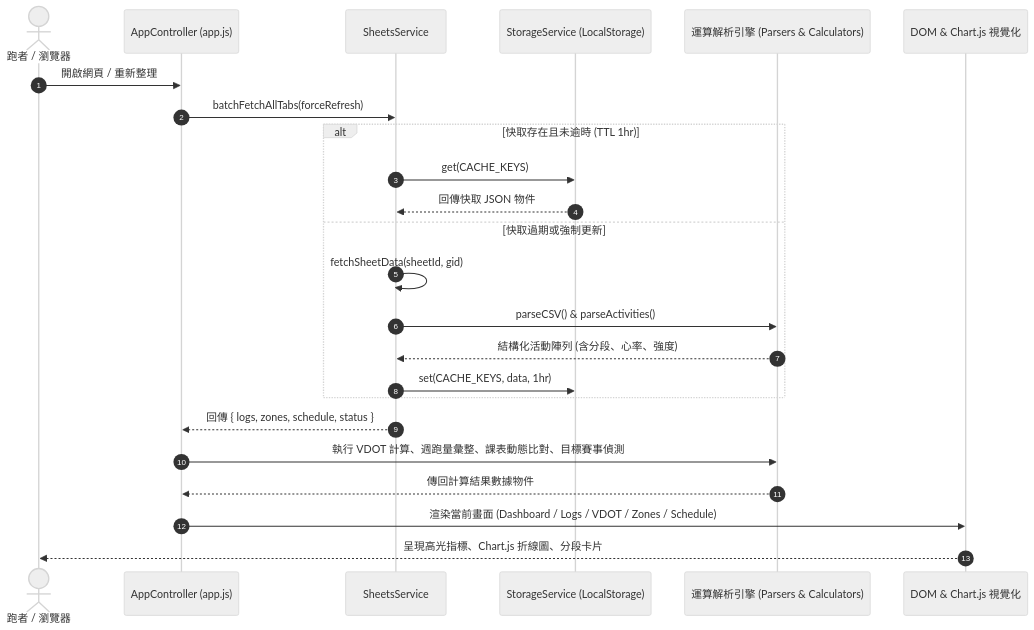
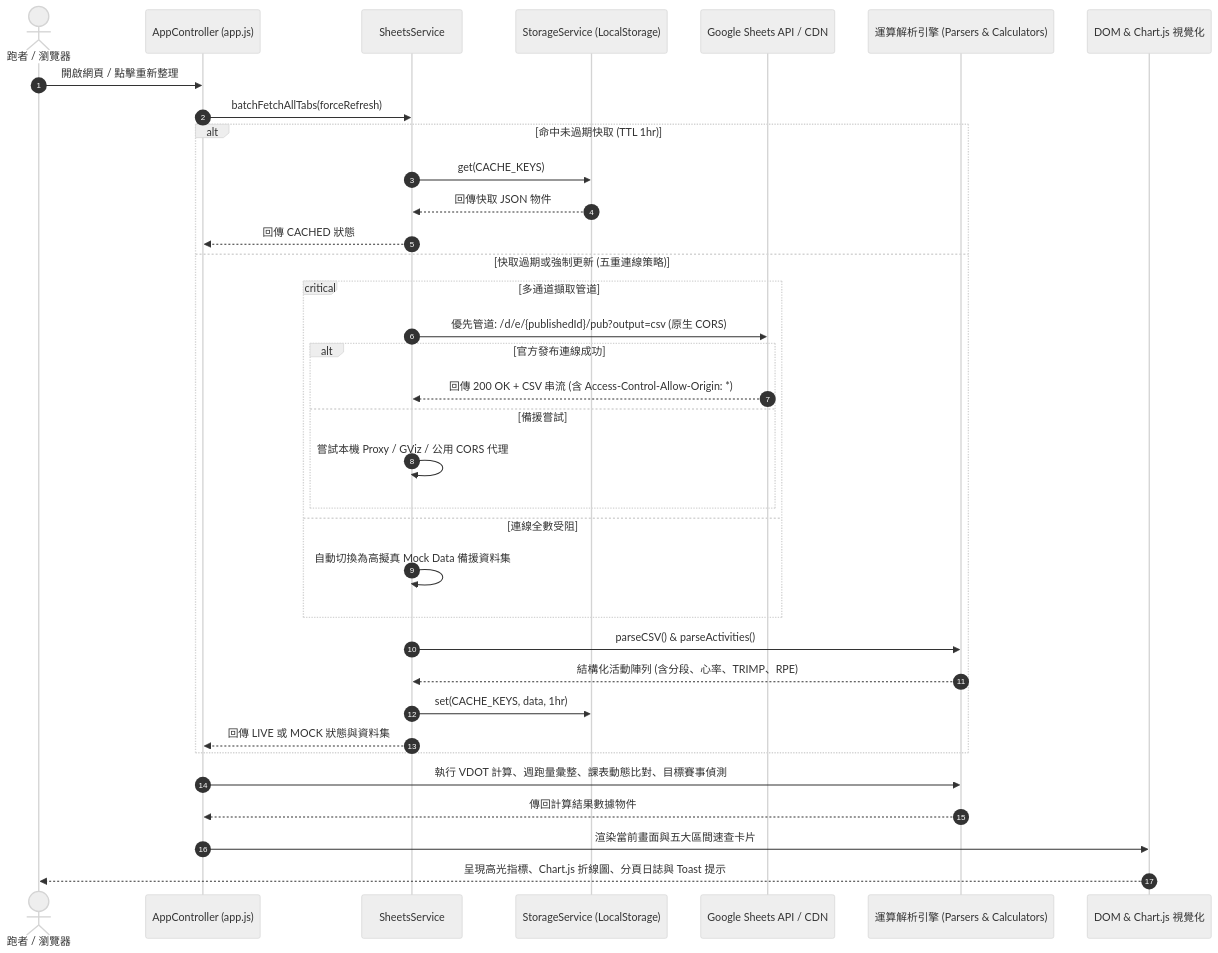
One commit to tobby0306/Runner_Web changed the third of 3 diagrams in RUNNER_PULSE_SYSTEM_SPEC_AND_MANUAL.md. Above: the diagram before and after it, drawn with Mermaid (neutral theme). The commit also changed other lines of this file, not shown here.

Commit message:
docs: Update system manual to v2.2 with PM WBS, SA specs (T-EXT-01~08), and Architect Risk Analysis

````diff
--- a/RUNNER_PULSE_SYSTEM_SPEC_AND_MANUAL.md
+++ b/RUNNER_PULSE_SYSTEM_SPEC_AND_MANUAL.md
@@ -122,28 +157,39 @@
 ```mermaid
 sequenceDiagram
     autonumber
     actor Runner as 跑者 / 瀏覽器
     participant App as AppController (app.js)
     participant Sheets as SheetsService
     participant Cache as StorageService (LocalStorage)
+    participant Google as Google Sheets API / CDN
     participant Engine as 運算解析引擎 (Parsers & Calculators)
     participant View as DOM & Chart.js 視覺化
 
-    Runner->>App: 開啟網頁 / 重新整理
+    Runner->>App: 開啟網頁 / 點擊重新整理
     App->>Sheets: batchFetchAllTabs(forceRefresh)
-    alt 快取存在且未逾時 (TTL 1hr)
+    alt 命中未過期快取 (TTL 1hr)
         Sheets->>Cache: get(CACHE_KEYS)
         Cache-->>Sheets: 回傳快取 JSON 物件
-    else 快取過期或強制更新
-        Sheets->>Sheets: fetchSheetData(sheetId, gid)
+        Sheets-->>App: 回傳 CACHED 狀態
+    else 快取過期或強制更新 (五重連線策略)
+        critical 多通道擷取管道
+            Sheets->>Google: 優先管道: /d/e/{publishedId}/pub?output=csv (原生 CORS)
+            alt 官方發布連線成功
+                Google-->>Sheets: 回傳 200 OK + CSV 串流 (含 Access-Control-Allow-Origin: *)
+            else 備援嘗試
+                Sheets->>Sheets: 嘗試本機 Proxy / GViz / 公用 CORS 代理
+            end
+        option 連線全數受阻
+            Sheets->>Sheets: 自動切換為高擬真 Mock Data 備援資料集
+        end
         Sheets->>Engine: parseCSV() & parseActivities()
-        Engine-->>Sheets: 結構化活動陣列 (含分段、心率、強度)
+        Engine-->>Sheets: 結構化活動陣列 (含分段、心率、TRIMP、RPE)
         Sheets->>Cache: set(CACHE_KEYS, data, 1hr)
+        Sheets-->>App: 回傳 LIVE 或 MOCK 狀態與資料集
     end
-    Sheets-->>App: 回傳 { logs, zones, schedule, status }
-    
+
     App->>Engine: 執行 VDOT 計算、週跑量彙整、課表動態比對、目標賽事偵測
     Engine-->>App: 傳回計算結果數據物件
-    App->>View: 渲染當前畫面 (Dashboard / Logs / VDOT / Zones / Schedule)
-    View-->>Runner: 呈現高光指標、Chart.js 折線圖、分段卡片
+    App->>View: 渲染當前畫面與五大區間速查卡片
+    View-->>Runner: 呈現高光指標、Chart.js 折線圖、分頁日誌與 Toast 提示
 ```
````
